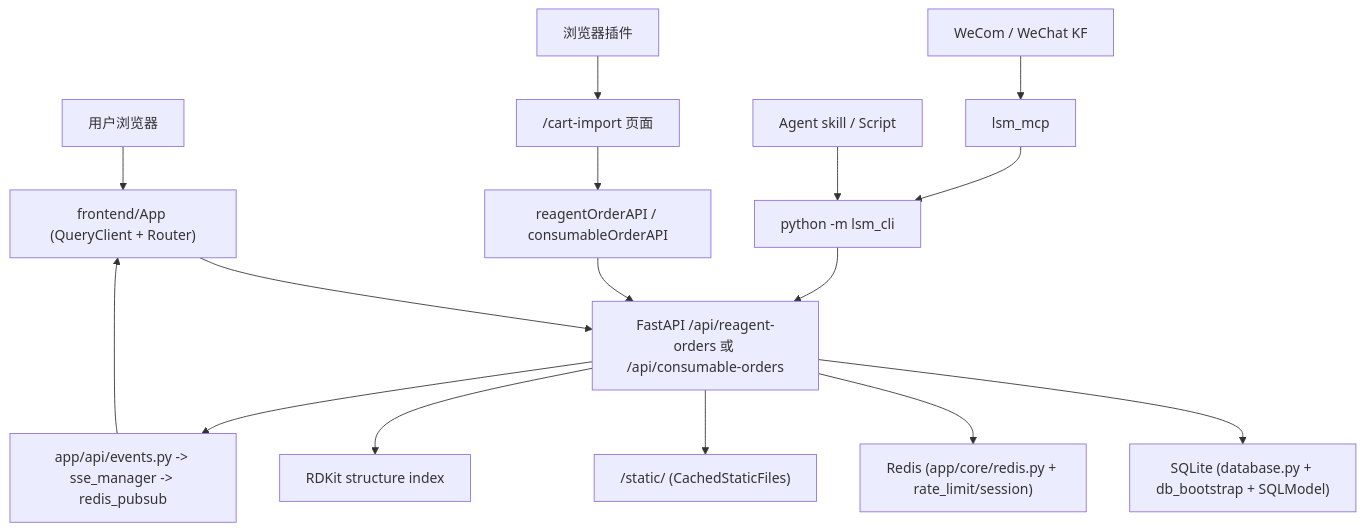
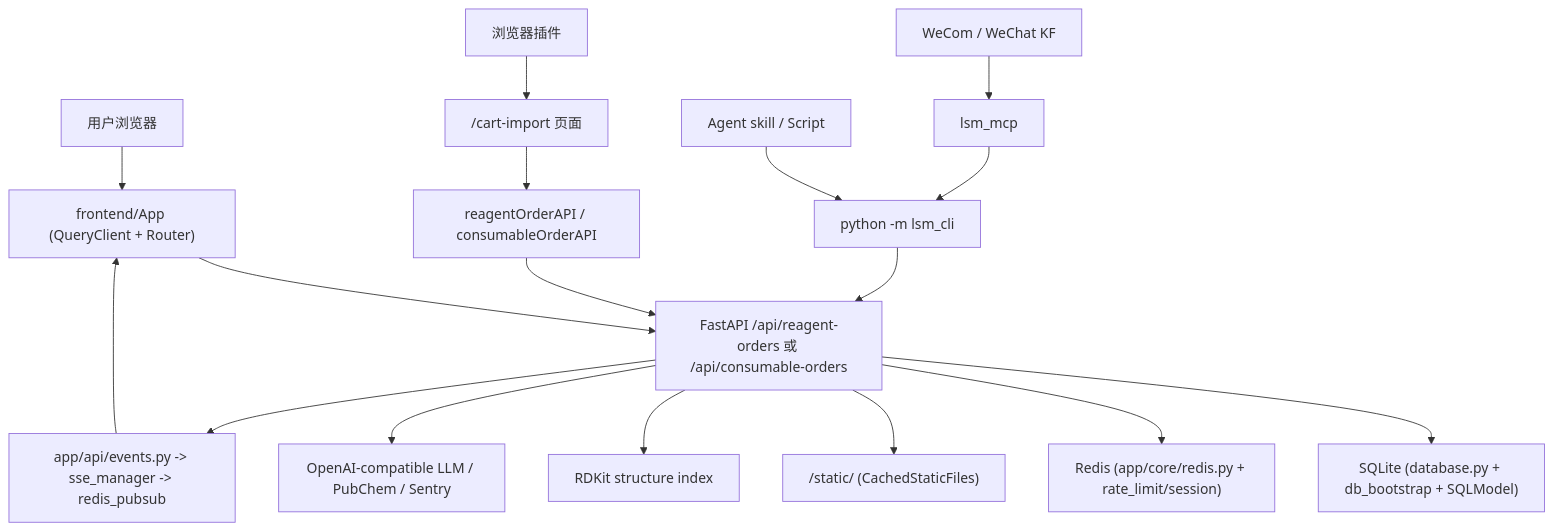
One commit to hzb666/LabStorageManager changed the diagram in wiki/overview/system-overview.md. Above: the diagram before and after it, drawn with Mermaid. The commit also changed other lines of this file and 35 other files, not shown here.

````diff
--- a/wiki/overview/system-overview.md
+++ b/wiki/overview/system-overview.md
@@ -17,18 +17,19 @@
 ```mermaid
 flowchart TD
     Browser["用户浏览器"] --> Web["frontend/App (QueryClient + Router)"]
     Extension["浏览器插件"] --> ImportPage["/cart-import 页面"]
     Agent["Agent skill / Script"] --> Cli["python -m lsm_cli"]
     Robot["WeCom / WeChat KF"] --> Mcp["lsm_mcp"]
     Mcp --> Cli["python -m lsm_cli"]
     Cli --> Api
     ImportPage --> OrderApis["reagentOrderAPI / consumableOrderAPI"]
     Web --> Api["FastAPI /api/*"]
     OrderApis --> Api["FastAPI /api/reagent-orders 或 /api/consumable-orders"]
     Api --> Db["SQLite (database.py + db_bootstrap + SQLModel)"]
     Api --> Cache["Redis (app/core/redis.py + rate_limit/session)"]
     Api --> Files["/static/ (CachedStaticFiles)"]
     Api --> Chem["RDKit structure index"]
+    Api --> External["OpenAI-compatible LLM / PubChem / Sentry"]
     Api --> Events["app/api/events.py -> sse_manager -> redis_pubsub"]
     Events --> Web
 ```
````
